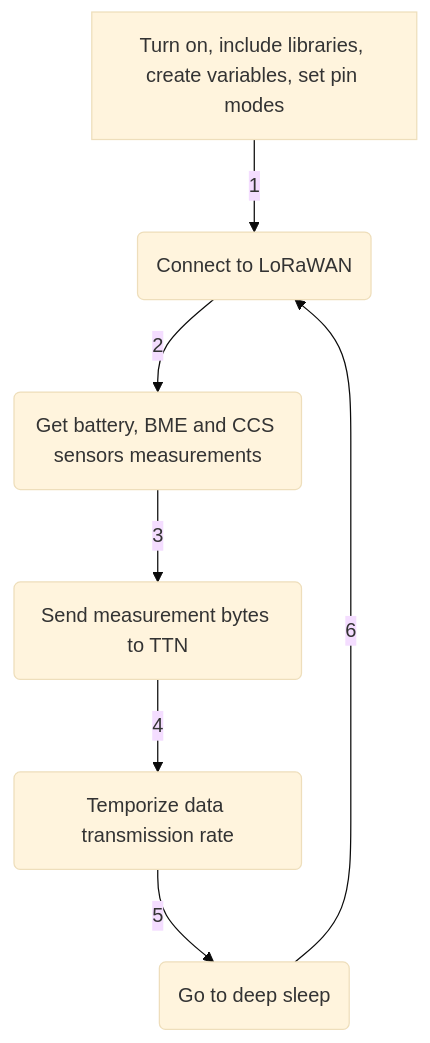
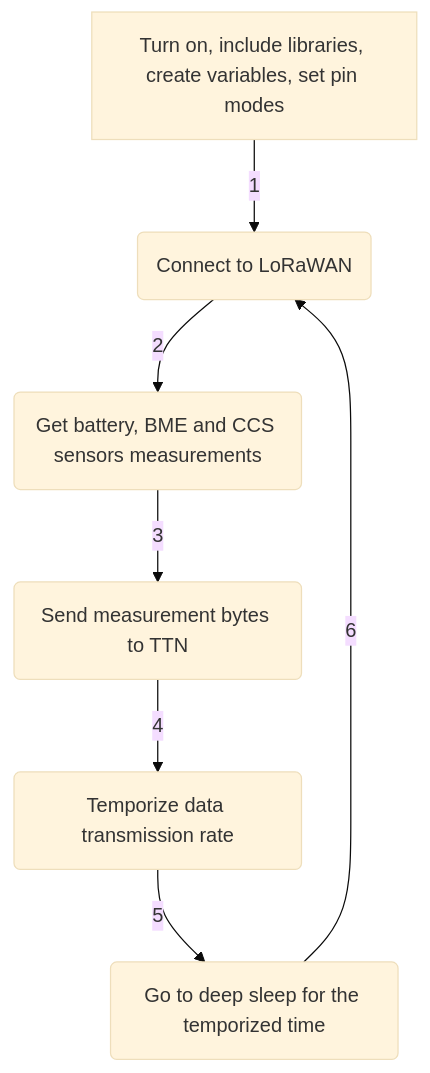
The diagram in README_EN.md (MediaLabUniovi/Lora-Mini-Air-Quality-Drone-Onboard-Station), drawn with Mermaid (base theme) before and after one commit.

````diff
--- a/README_EN.md
+++ b/README_EN.md
@@ -136,9 +136,9 @@
 ```mermaid
 graph TD;
   A[Turn on, include libraries, create variables, set pin modes] -->|1| B(Connect to LoRaWAN)
   B -->|2| C(Get battery, BME and CCS sensors measurements)
   C -->|3| D(Send measurement bytes to TTN)
   D -->|4| E(Temporize data transmission rate)
-  E -->|5| F(Go to deep sleep)
+  E -->|5| F(Go to deep sleep for the temporized time)
   F -->|6| B
 ```
````
